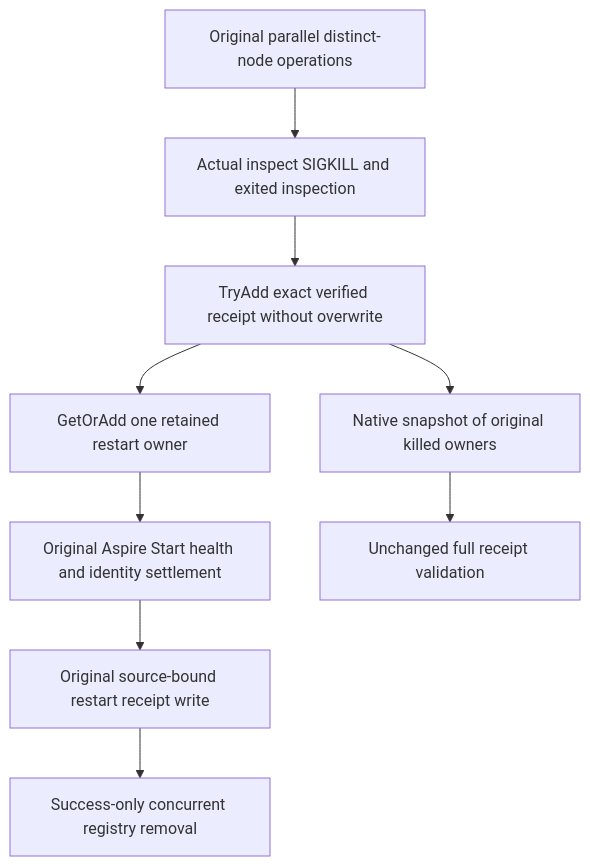
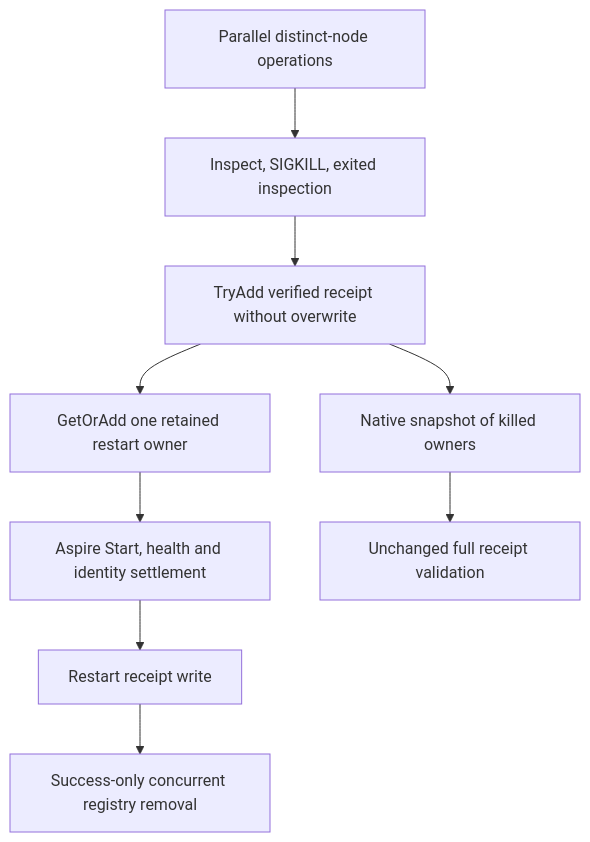
Before and after one commit to managedcode/KeyLoad: the diagram in docs/Features/ClusterReplication/ConcurrentContainerRuntimeReceipts.md, drawn with Mermaid. The commit also changed other lines of this file and 7356 other files, not shown here.

````diff
--- a/docs/Features/ClusterReplication/ConcurrentContainerRuntimeReceipts.md
+++ b/docs/Features/ClusterReplication/ConcurrentContainerRuntimeReceipts.md
@@ -21,11 +16,11 @@
 ```mermaid
 flowchart TD
-    P[Original parallel distinct-node operations] --> K[Actual inspect SIGKILL and exited inspection]
-    K --> R[TryAdd exact verified receipt without overwrite]
+    P[Parallel distinct-node operations] --> K[Inspect, SIGKILL, exited inspection]
+    K --> R[TryAdd verified receipt without overwrite]
     R --> A[GetOrAdd one retained restart owner]
-    A --> S[Original Aspire Start health and identity settlement]
-    S --> W[Original source-bound restart receipt write]
+    A --> S[Aspire Start, health and identity settlement]
+    S --> W[Restart receipt write]
     W --> D[Success-only concurrent registry removal]
-    R --> C[Native snapshot of original killed owners]
+    R --> C[Native snapshot of killed owners]
     C --> V[Unchanged full receipt validation]
 ```
````
